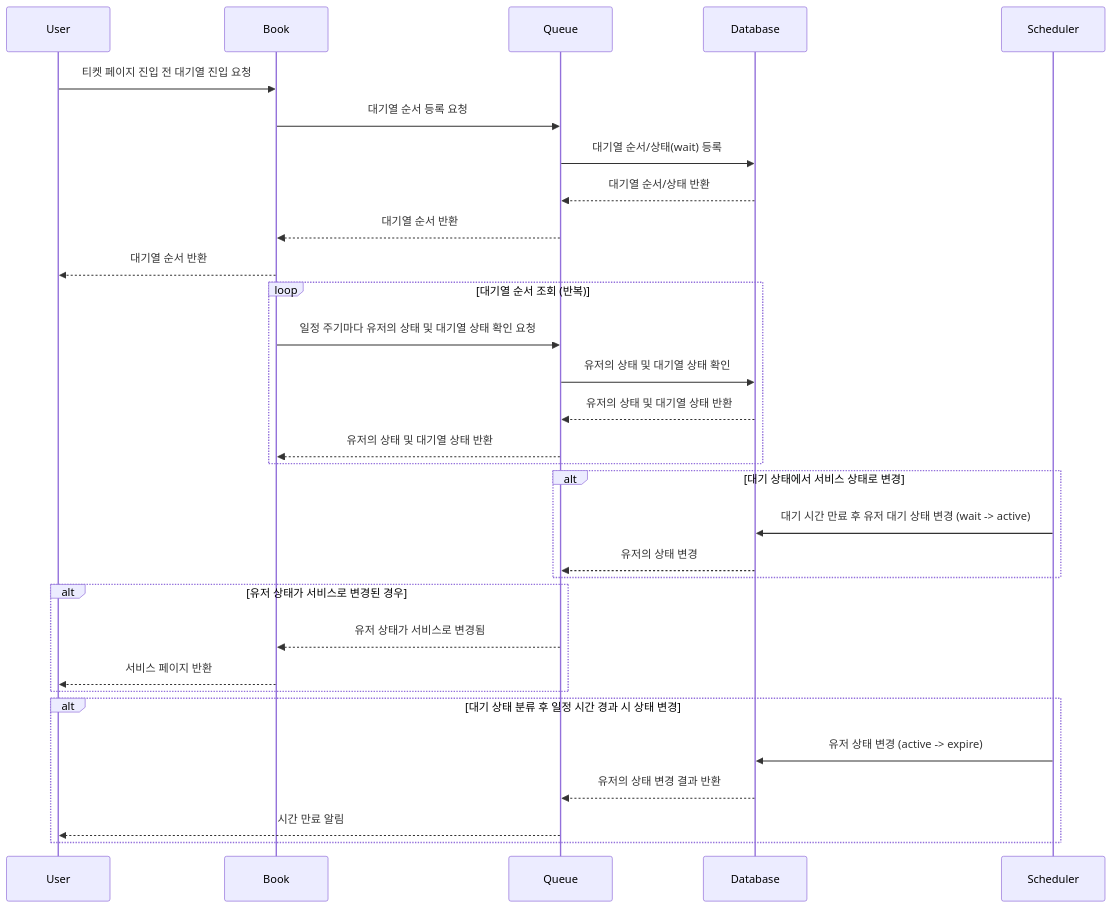
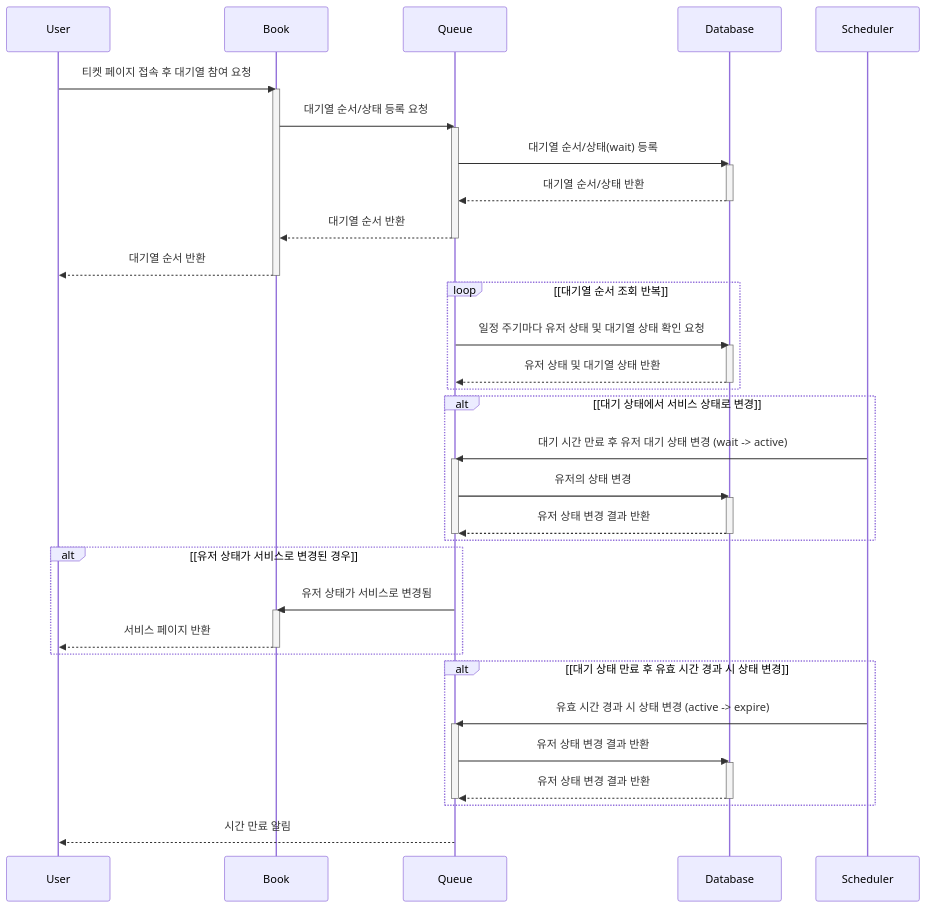
The first of 6 diagrams in README.md (durara021/hhplus-server-construction), drawn with Mermaid before and after one commit. The commit also changed other lines of this file, not shown here.

Commit message:
시퀀스 다이어그램 생명선 추가 (#10)

````diff
--- a/README.md
+++ b/README.md
@@ -3,38 +3,58 @@
 ```mermaid
 sequenceDiagram
     participant User
     participant Book
     participant Queue
     participant Database
     participant Scheduler
 
-    User ->> Book: 티켓 페이지 진입 전 대기열 진입 요청
-    Book ->> Queue: 대기열 순서 등록 요청
+    User ->> Book: 티켓 페이지 접속 후 대기열 참여 요청
+    activate Book
+    Book ->> Queue: 대기열 순서/상태 등록 요청
+    activate Queue
     Queue ->> Database: 대기열 순서/상태(wait) 등록
+    activate Database
     Database -->> Queue: 대기열 순서/상태 반환
+    deactivate Database
     Queue -->> Book: 대기열 순서 반환
+    deactivate Queue
     Book -->> User: 대기열 순서 반환
+    deactivate Book
 
-    loop 대기열 순서 조회 (반복)
-        Book ->> Queue: 일정 주기마다 유저의 상태 및 대기열 상태 확인 요청
-        Queue ->> Database: 유저의 상태 및 대기열 상태 확인
-        Database -->> Queue: 유저의 상태 및 대기열 상태 반환
-        Queue -->> Book: 유저의 상태 및 대기열 상태 반환
+    loop [대기열 순서 조회 반복]
+        Queue ->> Database: 일정 주기마다 유저 상태 및 대기열 상태 확인 요청
+        activate Database
+        Database -->> Queue: 유저 상태 및 대기열 상태 반환
+        deactivate Database
     end
 
-    alt 대기 상태에서 서비스 상태로 변경
-        Scheduler ->> Database: 대기 시간 만료 후 유저 대기 상태 변경 (wait -> active)
-        Database -->> Queue: 유저의 상태 변경
+    alt [대기 상태에서 서비스 상태로 변경]
+        Scheduler ->> Queue: 대기 시간 만료 후 유저 대기 상태 변경 (wait -> active)
+        activate Queue
+        Queue ->> Database: 유저의 상태 변경
+        activate Database
+        Database -->> Queue: 유저 상태 변경 결과 반환
+        deactivate Database
+        deactivate Queue
     end
 
-    alt 유저 상태가 서비스로 변경된 경우
-        Queue -->> Book: 유저 상태가 서비스로 변경됨
+    alt [유저 상태가 서비스로 변경된 경우]
+        Queue ->> Book: 유저 상태가 서비스로 변경됨
+        activate Book
         Book -->> User: 서비스 페이지 반환
+        deactivate Book
     end
 
-    alt 대기 상태 분류 후 일정 시간 경과 시 상태 변경
-        Scheduler ->> Database: 유저 상태 변경 (active -> expire)
-        Database -->> Queue: 유저의 상태 변경 결과 반환
-        Queue -->> User: 시간 만료 알림
+    alt [대기 상태 만료 후 유효 시간 경과 시 상태 변경]
+        Scheduler ->> Queue: 유효 시간 경과 시 상태 변경 (active -> expire)
+        activate Queue
+        Queue ->> Database: 유저 상태 변경 결과 반환
+        activate Database
+        Database -->> Queue: 유저 상태 변경 결과 반환
+        deactivate Database
+        deactivate Queue
     end
+
+    Queue -->> User: 시간 만료 알림
+
 ```
````
